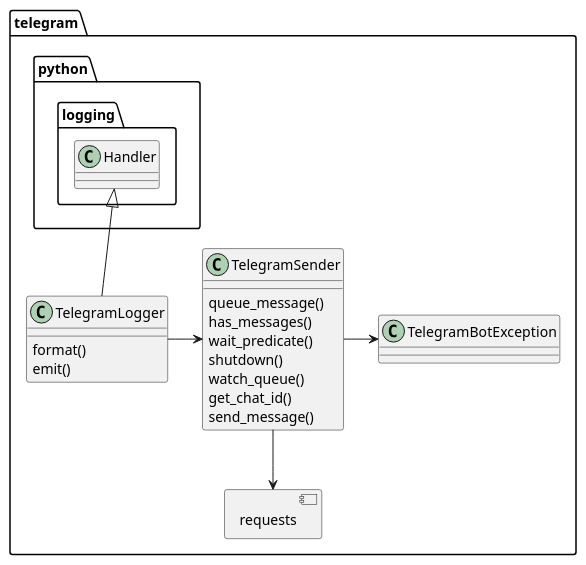
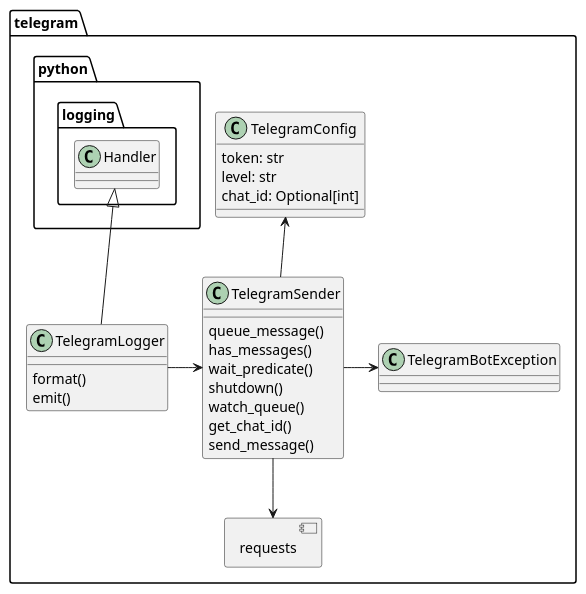
One commit to martin-ueding/vigilant-crypto-snatch changed the diagram in docs/dev/graphs/telegram.puml. Above: the diagram before and after it, drawn with PlantUML. The commit also changed 7 other files, not shown here.

```diff
--- a/docs/dev/graphs/telegram.puml
+++ b/docs/dev/graphs/telegram.puml
@@ -1,30 +1,38 @@
 @startuml
 
 allowmixing
 
 namespace telegram {
 component requests
+
+class TelegramConfig {
+    token: str
+    level: str
+    chat_id: Optional[int]
+}
 
 class TelegramLogger extends python.logging.Handler {
 format()
 emit()
 }
 
 class TelegramBotException
 
 class TelegramSender {
     queue_message()
     has_messages()
     wait_predicate()
     shutdown()
     watch_queue()
     get_chat_id()
     send_message()
 }
 
+TelegramConfig <-- TelegramSender
+
 TelegramLogger -> TelegramSender
 TelegramSender --> requests
 TelegramSender -> TelegramBotException
 
 }
 @enduml
```
